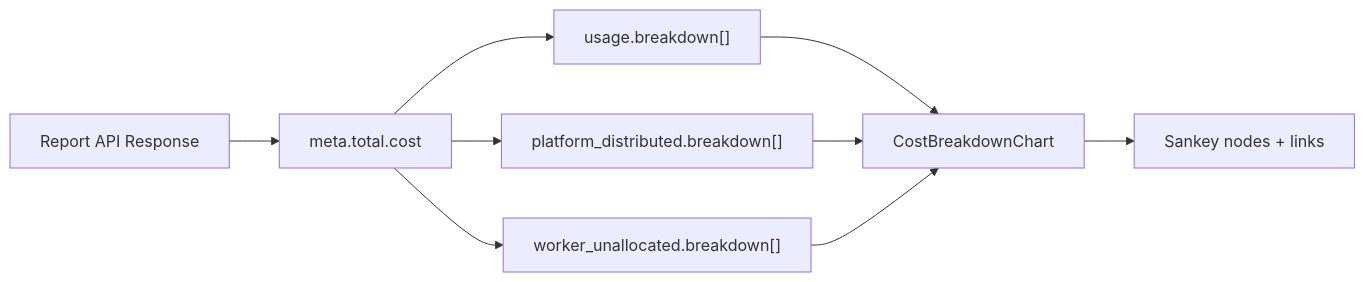
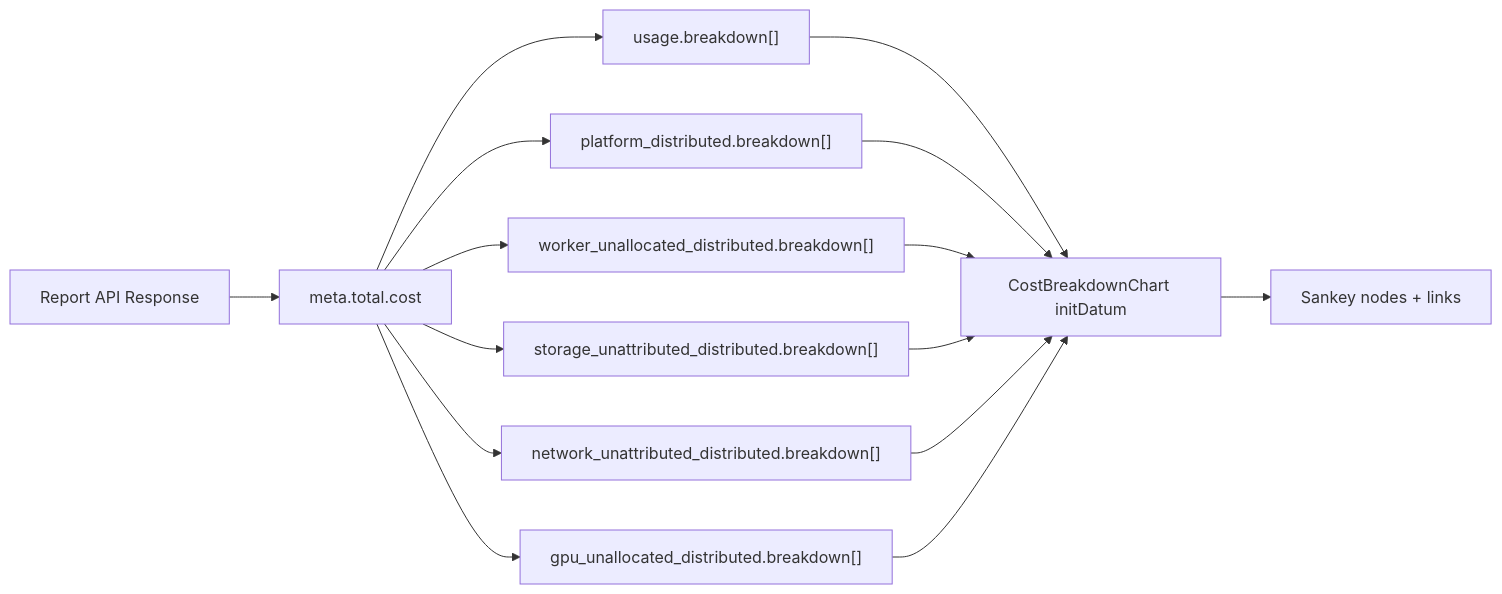
Before and after one commit to pgarciaq/koku-ui: the diagram in docs/architecture/prd04-cost-breakdown/FRONTEND_PLAN.md, drawn with Mermaid. The commit also changed other lines of this file, not shown here.

First line of the commit message:
Fix frontend plan for cost breakdown feature

````diff
--- a/docs/architecture/prd04-cost-breakdown/FRONTEND_PLAN.md
+++ b/docs/architecture/prd04-cost-breakdown/FRONTEND_PLAN.md
@@ -182,19 +243,28 @@
 ```mermaid
 flowchart LR
     API["Report API Response"]
     Meta["meta.total.cost"]
     Usage["usage.breakdown[]"]
     Platform["platform_distributed.breakdown[]"]
-    Worker["worker_unallocated.breakdown[]"]
-    Chart["CostBreakdownChart"]
+    Worker["worker_unallocated_distributed.breakdown[]"]
+    Storage["storage_unattributed_distributed.breakdown[]"]
+    Network["network_unattributed_distributed.breakdown[]"]
+    GPU["gpu_unallocated_distributed.breakdown[]"]
+    Chart["CostBreakdownChart initDatum"]
     Nodes["Sankey nodes + links"]
 
     API --> Meta
     Meta --> Usage
     Meta --> Platform
     Meta --> Worker
+    Meta --> Storage
+    Meta --> Network
+    Meta --> GPU
     Usage --> Chart
     Platform --> Chart
     Worker --> Chart
+    Storage --> Chart
+    Network --> Chart
+    GPU --> Chart
     Chart --> Nodes
 ```
````
